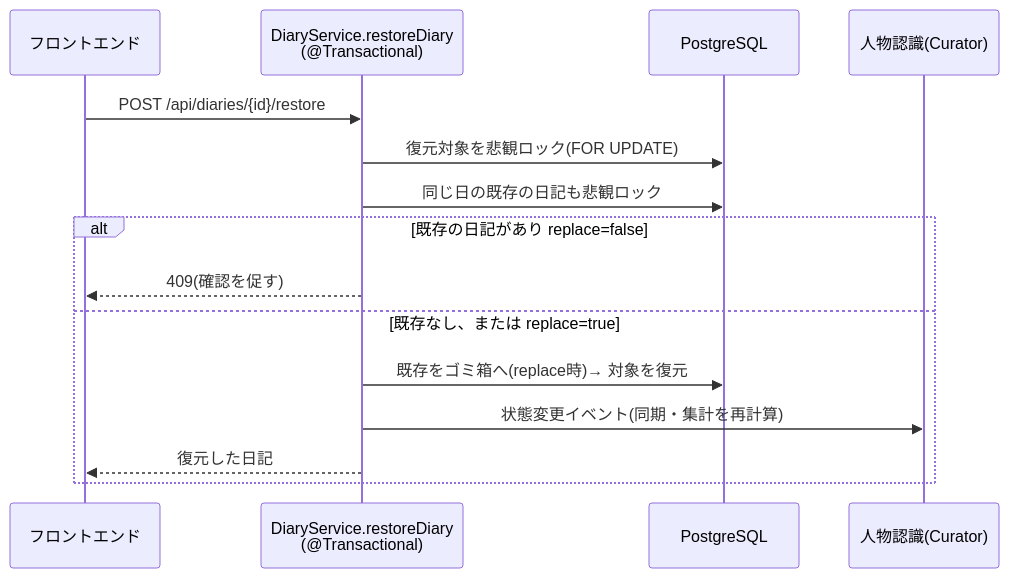
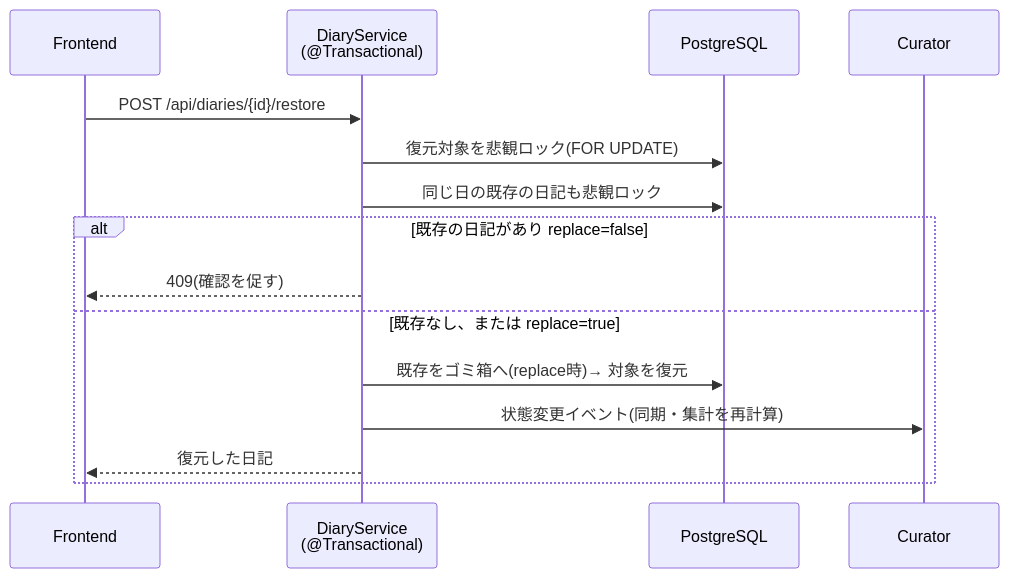
The third of 3 diagrams in README.md (idlms9/tada-frontend), drawn with Mermaid before and after one commit. The commit also changed other lines of this file, not shown here.

````diff
--- a/README.md
+++ b/README.md
@@ -97,18 +118,18 @@
 ```mermaid
 sequenceDiagram
-  participant FE as フロントエンド
-  participant D as DiaryService.restoreDiary<br/>(@Transactional)
+  participant FE as Frontend
+  participant D as DiaryService<br/>(@Transactional)
   participant DB as PostgreSQL
-  participant C as 人物認識(Curator)
+  participant C as Curator
 
   FE->>D: POST /api/diaries/{id}/restore
   D->>DB: 復元対象を悲観ロック(FOR UPDATE)
   D->>DB: 同じ日の既存の日記も悲観ロック
   alt 既存の日記があり replace=false
     D-->>FE: 409(確認を促す)
   else 既存なし、または replace=true
     D->>DB: 既存をゴミ箱へ(replace時)→ 対象を復元
     D->>C: 状態変更イベント(同期・集計を再計算)
     D-->>FE: 復元した日記
   end
 ```
````
